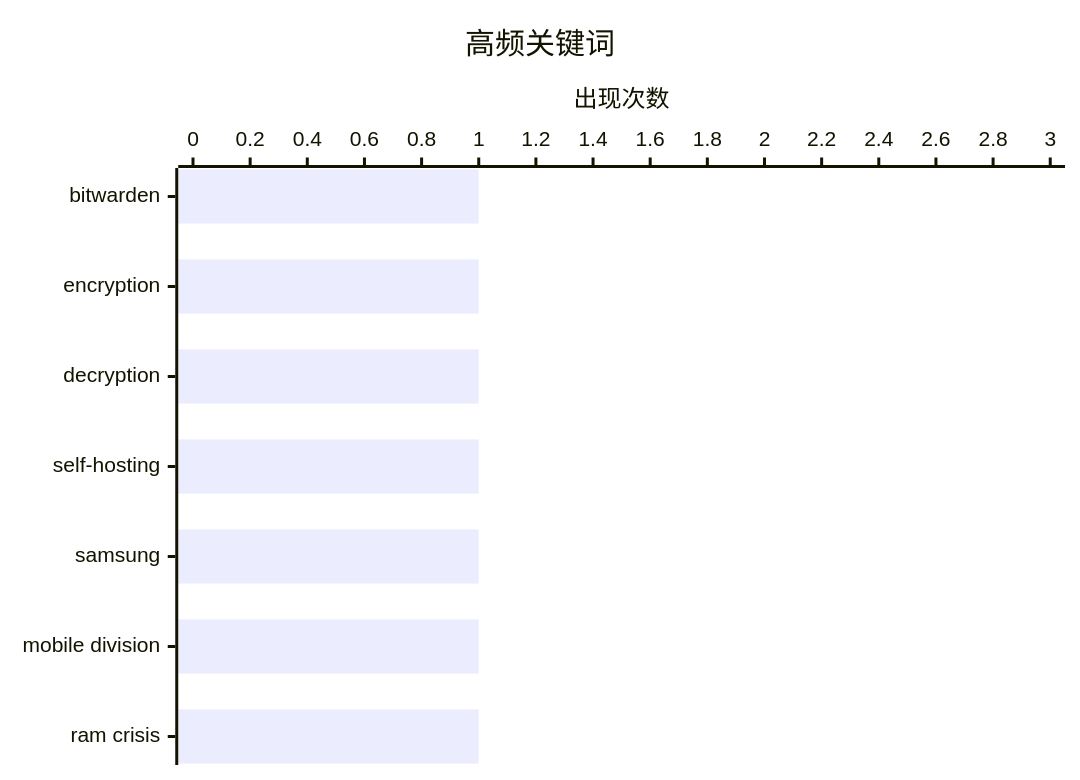
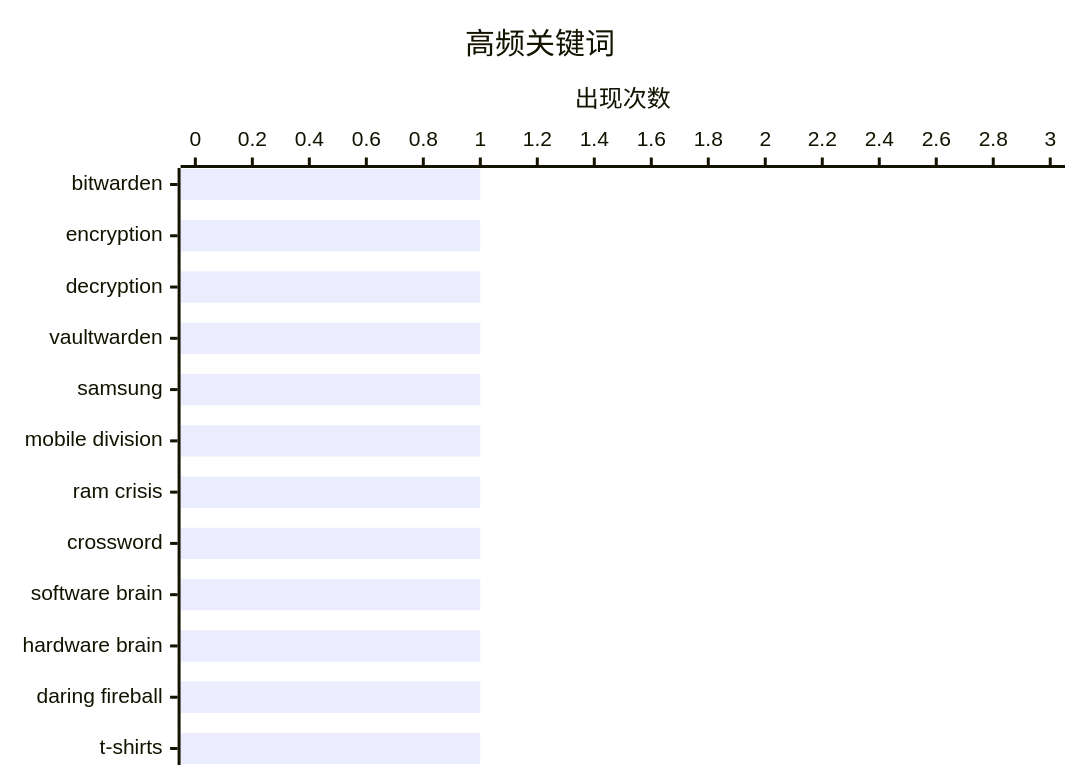
One commit to NicCraver/ai-daily-digest-web changed the second of 2 diagrams in data/digest-20260427.md. Above: the diagram before and after it, drawn with Mermaid. The commit also changed other lines of this file and 4 other files, not shown here.

````diff
--- a/data/digest-20260427.md
+++ b/data/digest-20260427.md
@@ -28,7 +63,7 @@
 ```mermaid
 xychart-beta horizontal
     title "高频关键词"
-    x-axis ["bitwarden", "encryption", "decryption", "self-hosting", "samsung", "mobile division", "ram crisis"]
+    x-axis ["bitwarden", "encryption", "decryption", "vaultwarden", "samsung", "mobile division", "ram crisis", "crossword", "software brain", "hardware brain", "daring fireball", "t-shirts"]
     y-axis "出现次数" 0 --> 3
-    bar [1, 1, 1, 1, 1, 1, 1]
+    bar [1, 1, 1, 1, 1, 1, 1, 1, 1, 1, 1, 1]
 ```
````
